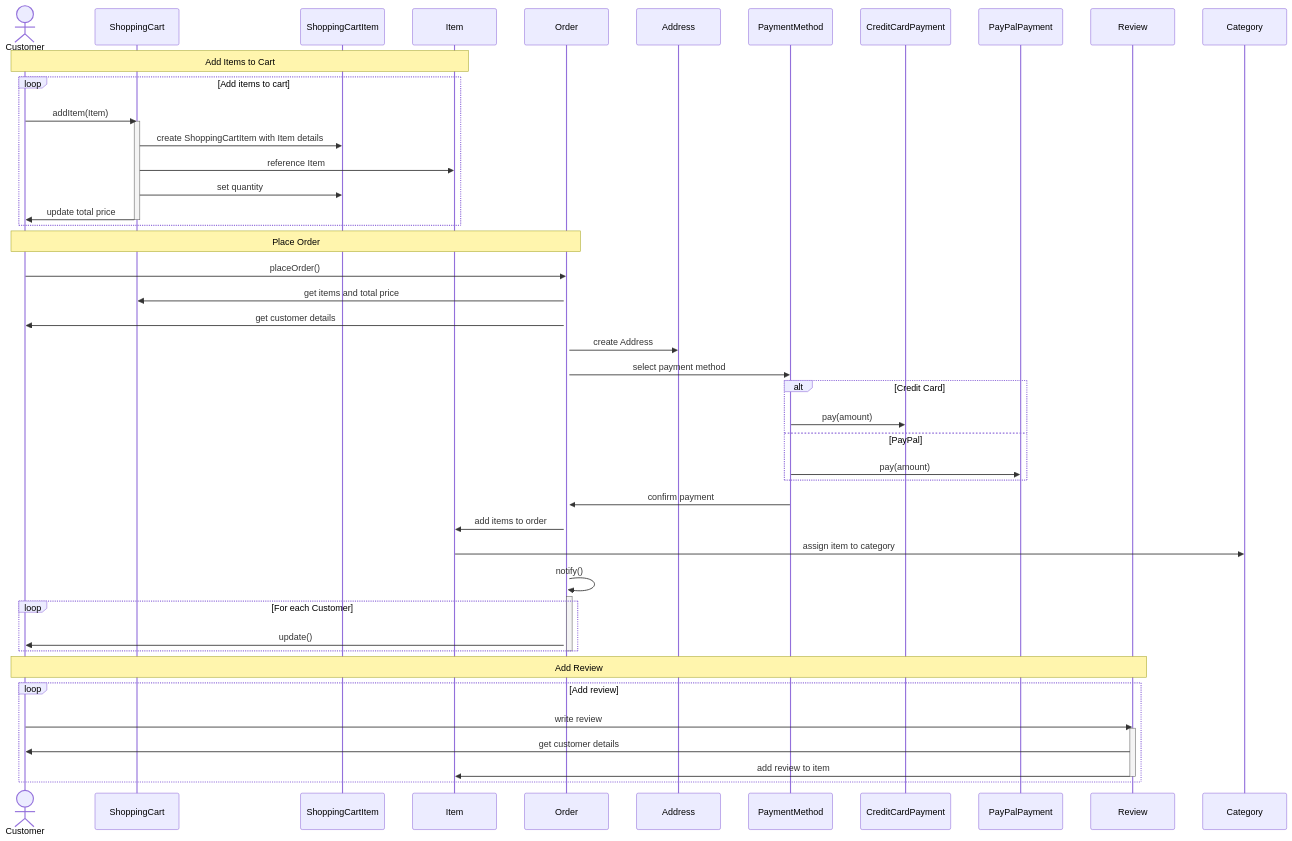
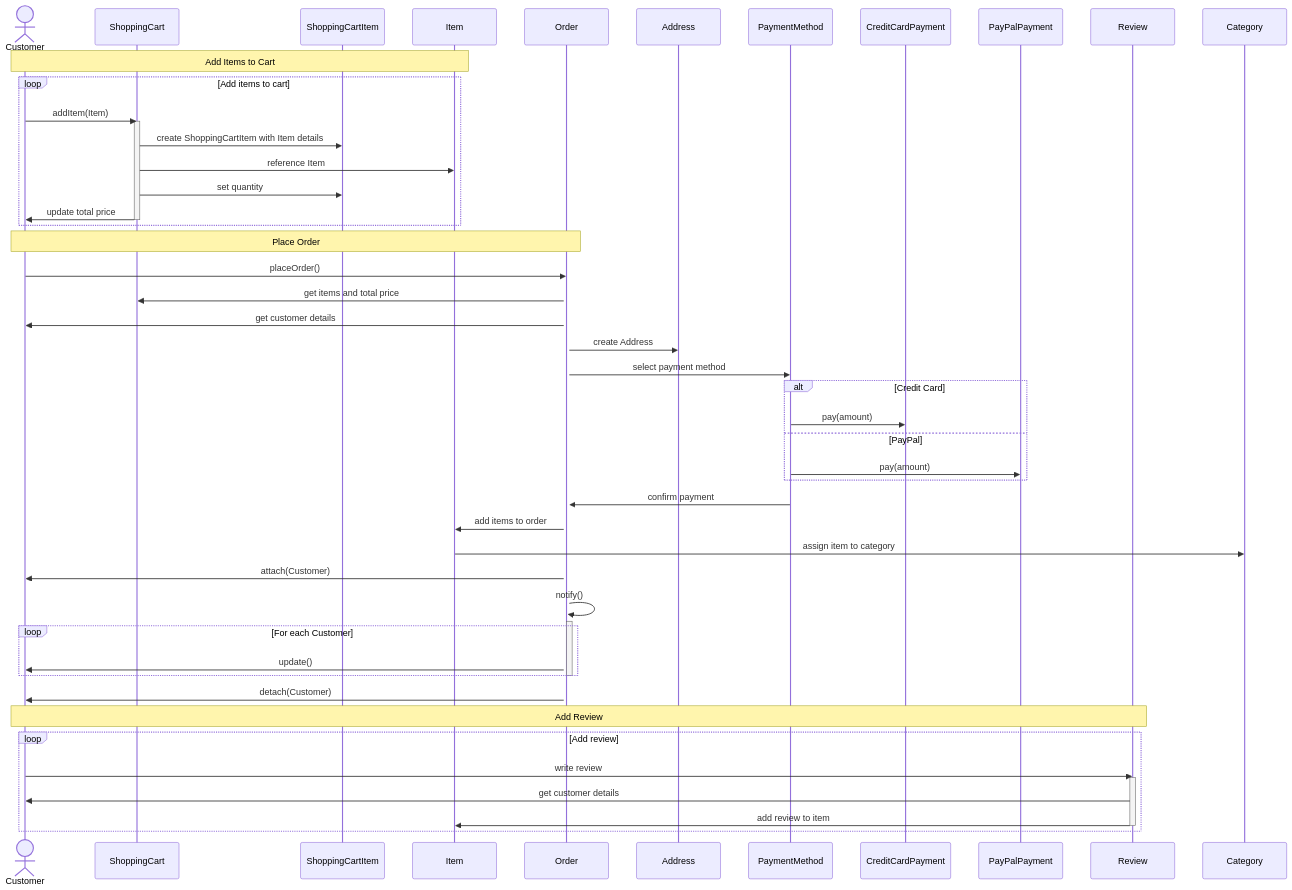
Before and after one commit to DaW888/design-patterns-studies: the second of 4 diagrams in BEHAVIORAL.md, drawn with Mermaid.

Commit message:
behavioral: improve observer

````diff
--- a/BEHAVIORAL.md
+++ b/BEHAVIORAL.md
@@ -74,56 +74,58 @@
 ```mermaid
 sequenceDiagram
     actor Customer
     participant ShoppingCart
     participant ShoppingCartItem
     participant Item
     participant Order
     participant Address
     participant PaymentMethod
     participant CreditCardPayment
     participant PayPalPayment
     participant Review
     participant Category
 
     Note over Customer, Item: Add Items to Cart
     loop Add items to cart
         Customer->>ShoppingCart: addItem(Item)
         activate ShoppingCart
         ShoppingCart->>ShoppingCartItem: create ShoppingCartItem with Item details
         ShoppingCart->>Item: reference Item
         ShoppingCart->>ShoppingCartItem: set quantity
         ShoppingCart->>Customer: update total price
         deactivate ShoppingCart
     end
 
     Note over Customer, Order: Place Order
     Customer->>Order: placeOrder()
     activate Order
     Order->>ShoppingCart: get items and total price
     Order->>Customer: get customer details
     Order->>Address: create Address
     Order->>PaymentMethod: select payment method
     alt Credit Card
         PaymentMethod->>CreditCardPayment: pay(amount)
     else PayPal
         PaymentMethod->>PayPalPayment: pay(amount)
     end
     PaymentMethod->>Order: confirm payment
     Order->>Item: add items to order
     Item->>Category: assign item to category
+    Order->>Customer: attach(Customer)
     Order->>Order: notify()
     activate Order
     loop For each Customer
         Order->>Customer: update()
     end
     deactivate Order
+    Order->>Customer: detach(Customer)
 
     Note over Customer, Review: Add Review
     loop Add review
         Customer->>Review: write review
         activate Review
         Review->>Customer: get customer details
         Review->>Item: add review to item
         deactivate Review
     end
 ```
````
